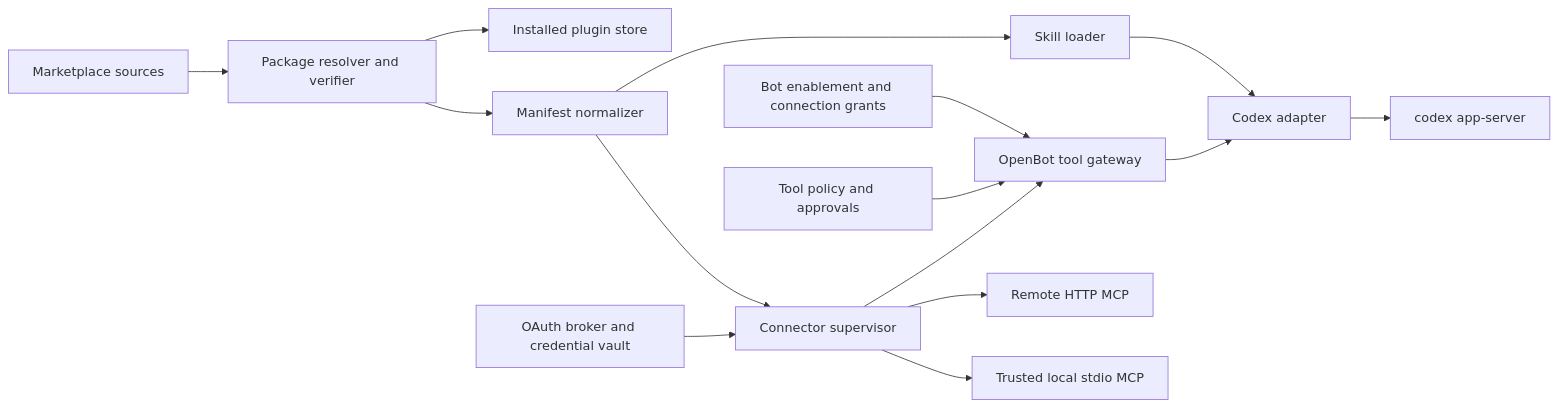
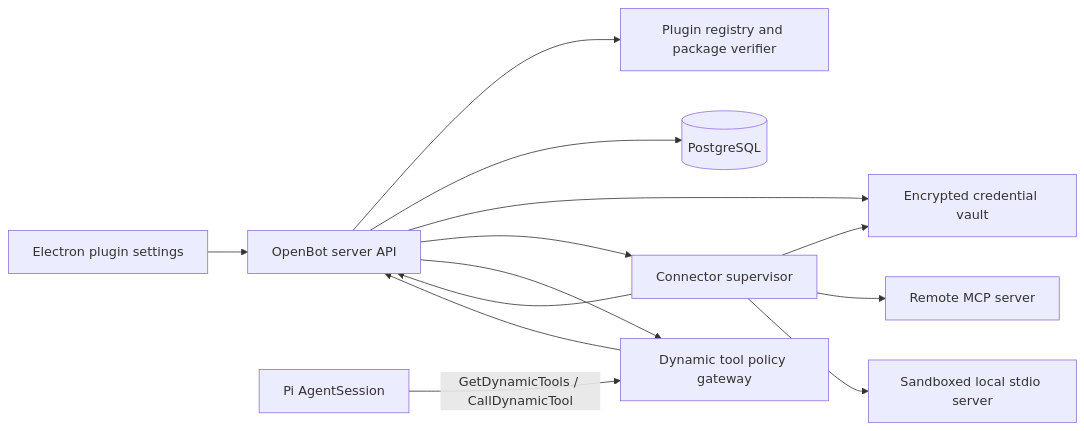
One commit to raghavpillai/openteam changed the diagram in plans/11-plugin-architecture-research.md. Above: the diagram before and after it, drawn with Mermaid. The commit also changed other lines of this file and 9 other files, not shown here.

First line of the commit message:
docs: update architecture and implementation plans

````diff
--- a/plans/11-plugin-architecture-research.md
+++ b/plans/11-plugin-architecture-research.md
@@ -115,17 +174,26 @@
 ```mermaid
 flowchart LR
-    M[Marketplace sources] --> R[Package resolver and verifier]
-    R --> I[Installed plugin store]
-    R --> N[Manifest normalizer]
-    N --> S[Skill loader]
-    N --> C[Connector supervisor]
-    B[Bot enablement and connection grants] --> G[OpenBot tool gateway]
-    P[Tool policy and approvals] --> G
-    V[OAuth broker and credential vault] --> C
-    C --> G
-    S --> X[Codex adapter]
-    G --> X
-    C --> H[Remote HTTP MCP]
-    C --> L[Trusted local stdio MCP]
-    X --> A[codex app-server]
+    UI[Electron plugin settings]
+    API[OpenBot server API]
+    REG[Plugin registry and package verifier]
+    DB[(PostgreSQL)]
+    VAULT[Encrypted credential vault]
+    PI[Pi AgentSession]
+    GATE[Dynamic tool policy gateway]
+    MCP[Connector supervisor]
+    HTTP[Remote MCP server]
+    STDIO[Sandboxed local stdio server]
+
+    UI --> API
+    API --> REG
+    API --> DB
+    API --> VAULT
+    PI -->|GetDynamicTools / CallDynamicTool| GATE
+    GATE --> API
+    API --> MCP
+    MCP --> VAULT
+    MCP --> HTTP
+    MCP --> STDIO
+    MCP --> API
+    API --> GATE
 ```
````
